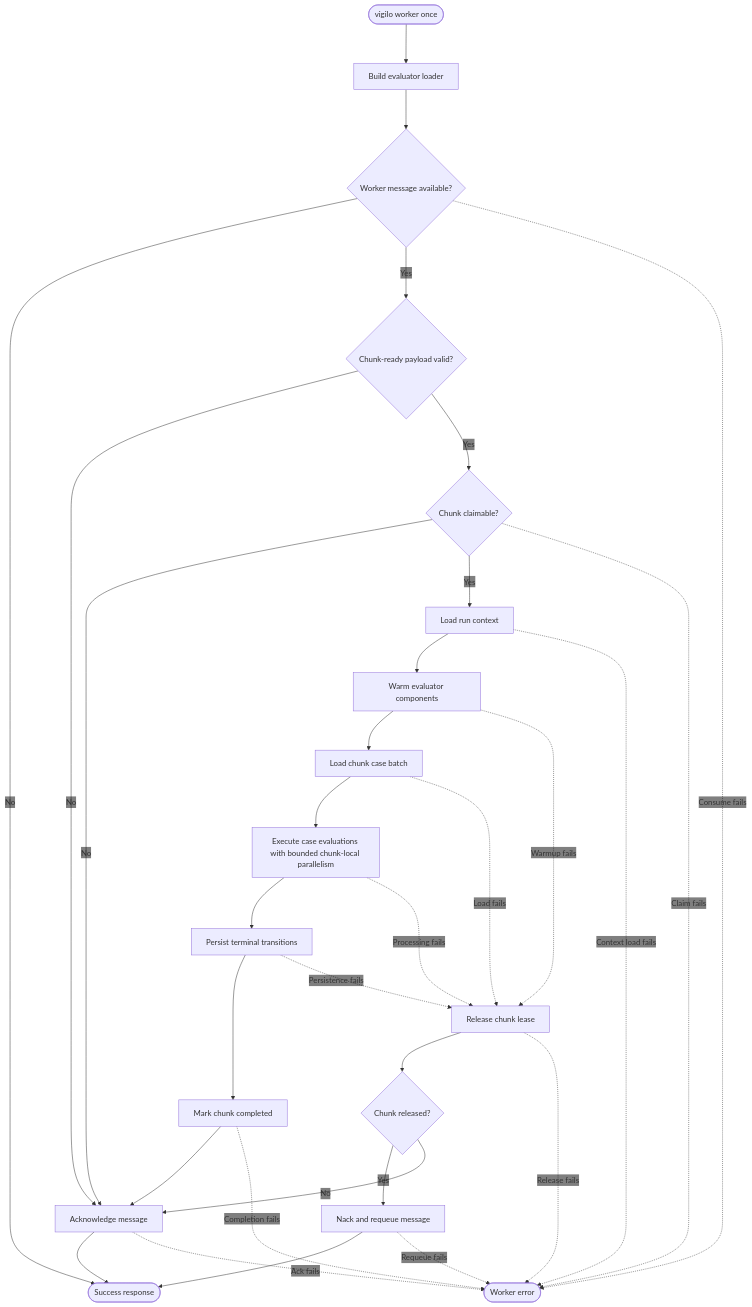
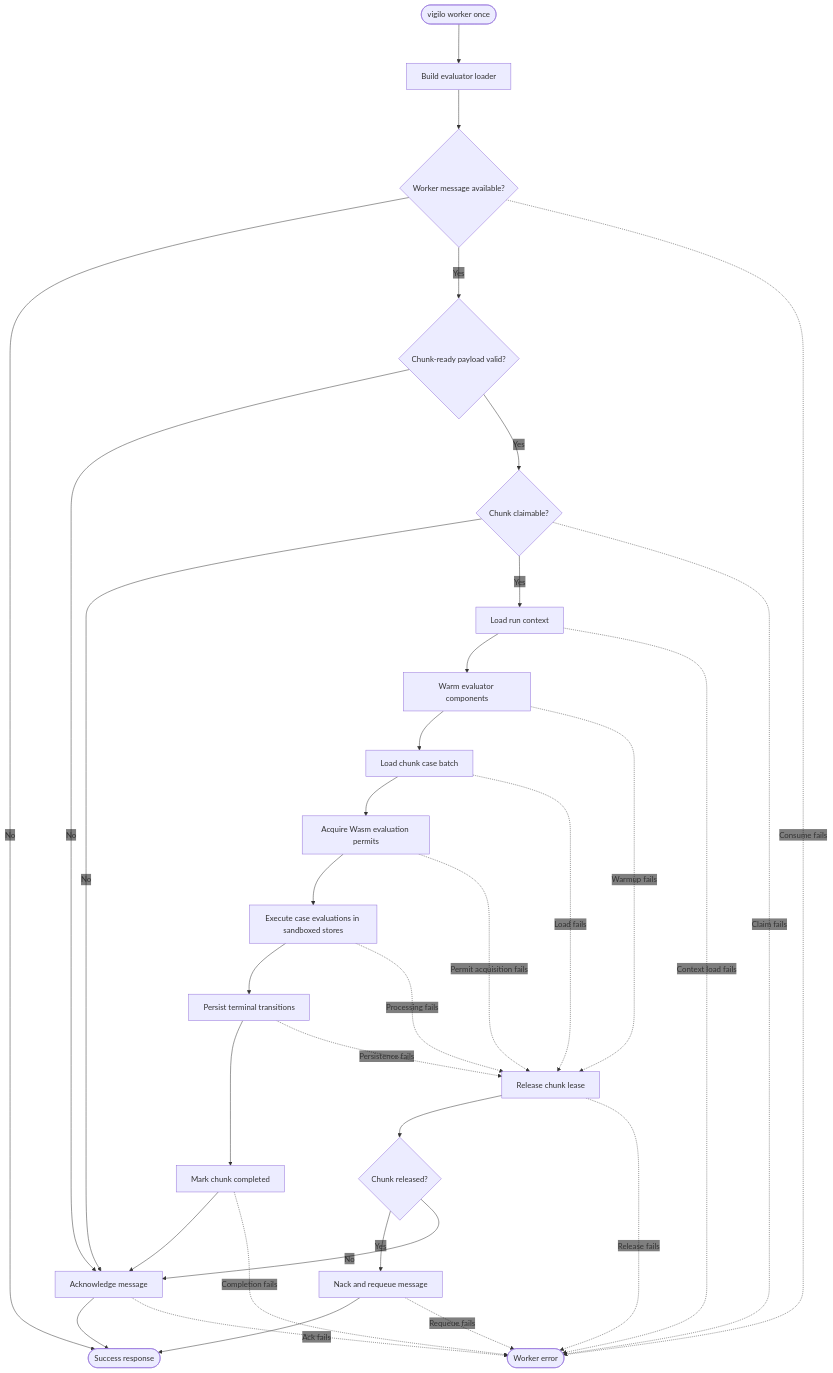
One commit to gregl83/agent-vigilo changed the diagram in web/docs/architecture/flows/worker/once/decision-flow.mmd. Above: the diagram before and after it, drawn with Mermaid. The commit also changed 13 other files, not shown here.

```diff
--- a/web/docs/architecture/flows/worker/once/decision-flow.mmd
+++ b/web/docs/architecture/flows/worker/once/decision-flow.mmd
@@ -1,79 +1,83 @@
 ---
 config:
   flowchart:
     nodeSpacing: 150
     rankSpacing: 80
   themeVariables:
     edgeLabelBackground: 'transparent'
 ---
 flowchart TD
     Start([vigilo worker once])
 
     Loader[Build evaluator loader]
     Consume{Worker message available?}
     Payload{Chunk-ready payload valid?}
     Claim{Chunk claimable?}
     Context[Load run context]
     Warm[Warm evaluator components]
     Cases[Load chunk case batch]
-    Execute[Execute case evaluations with bounded chunk-local parallelism]
+    Permit[Acquire Wasm evaluation permits]
+    Execute[Execute case evaluations in sandboxed stores]
     Persist[Persist terminal transitions]
     Complete[Mark chunk completed]
     Ack[Acknowledge message]
     Release[Release chunk lease]
     Released{Chunk released?}
     Requeue[Nack and requeue message]
 
     Success([Success response])
 
     ServiceFail([Worker error])
 
     Start --> Loader
     Loader --> Consume
 
     Consume -- No --> Success
     Consume -- Yes --> Payload
     Consume -. Consume fails .-> ServiceFail
 
     Payload -- No --> Ack
     Payload -- Yes --> Claim
 
     Claim -- No --> Ack
     Claim -- Yes --> Context
     Claim -. Claim fails .-> ServiceFail
 
     Context --> Warm
     Context -. Context load fails .-> ServiceFail
 
     Warm --> Cases
     Warm -. Warmup fails .-> Release
 
-    Cases --> Execute
+    Cases --> Permit
     Cases -. Load fails .-> Release
+
+    Permit --> Execute
+    Permit -. Permit acquisition fails .-> Release
 
     Execute --> Persist
     Execute -. Processing fails .-> Release
 
     Persist --> Complete
     Persist -. Persistence fails .-> Release
 
     Complete --> Ack
     Complete -. Completion fails .-> ServiceFail
 
     Ack --> Success
     Ack -. Ack fails .-> ServiceFail
 
     Release --> Released
     Release -. Release fails .-> ServiceFail
 
     Released -- Yes --> Requeue
     Released -- No --> Ack
 
     Requeue --> Success
     Requeue -. Requeue fails .-> ServiceFail
 
     class Start command
     class Success success
     class Loader,Consume,Payload,Claim,Context,Cases,Persist,Complete,Ack,Release,Released,Requeue system
-    class Warm,Execute component
+    class Warm,Permit,Execute component
     class ServiceFail error
```
